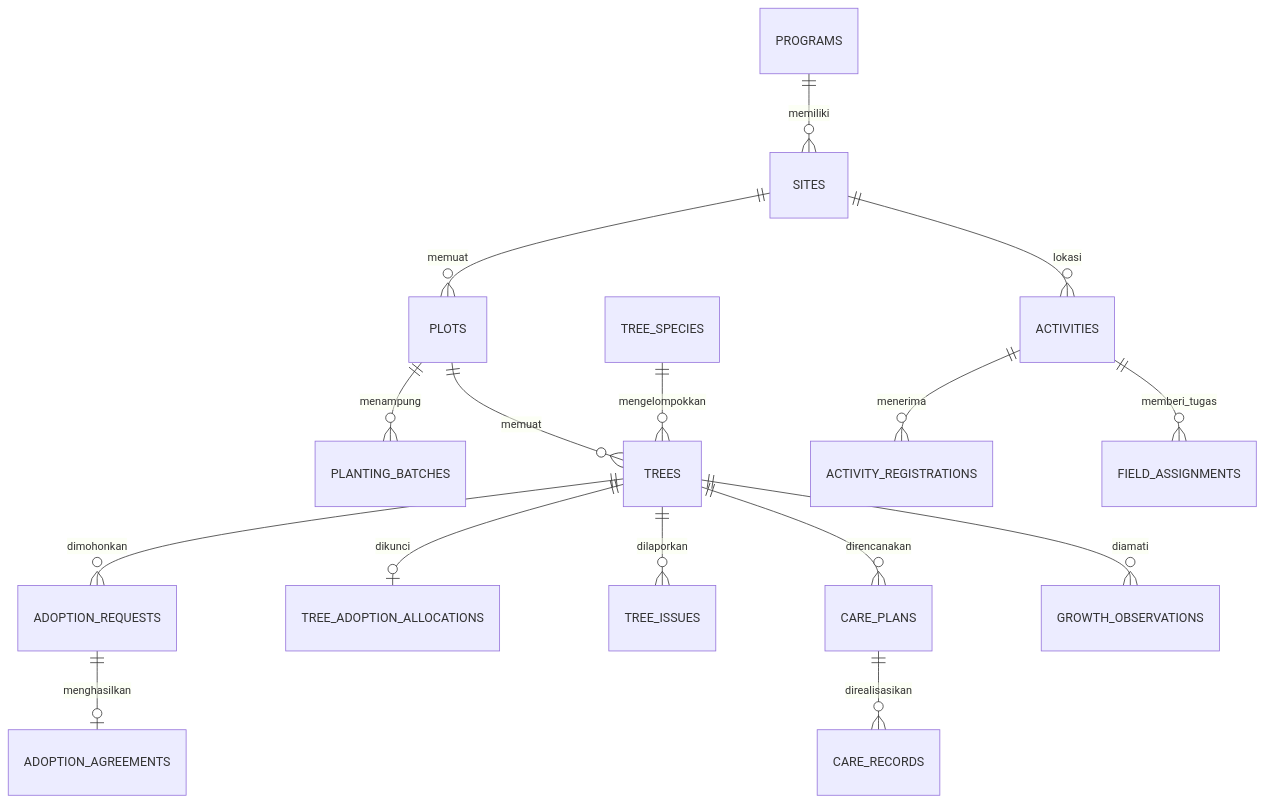
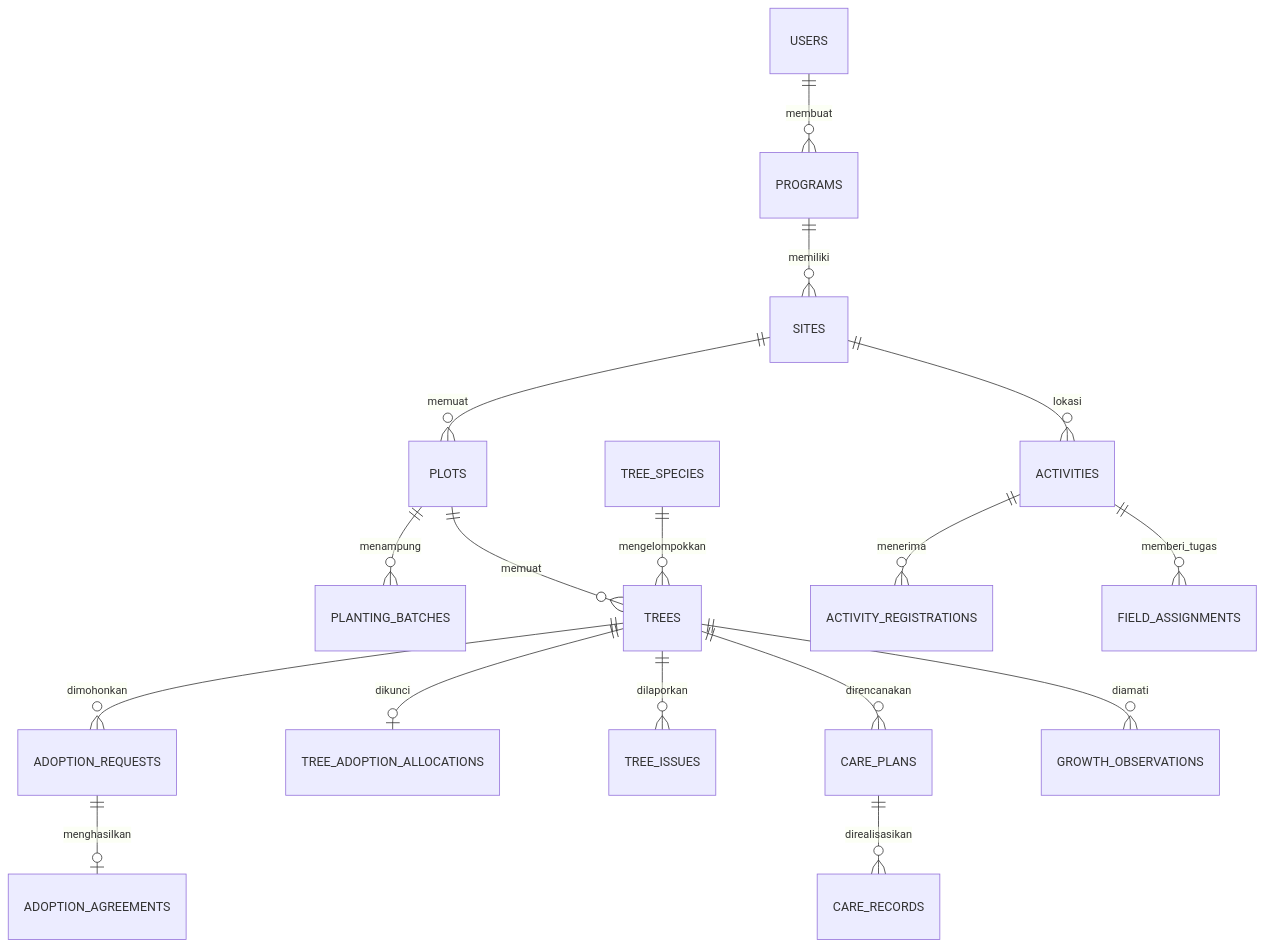
One commit to PPL-KelompokB-SI-48-ext/Hijauku-Adopsi-Pohon changed the diagram in docs/database.md. Above: the diagram before and after it, drawn with Mermaid. The commit also changed other lines of this file and 14 other files, not shown here.

````diff
--- a/docs/database.md
+++ b/docs/database.md
@@ -38,18 +38,19 @@
 ```mermaid
 erDiagram
+    USERS ||--o{ PROGRAMS : membuat
     PROGRAMS ||--o{ SITES : memiliki
     SITES ||--o{ PLOTS : memuat
     PLOTS ||--o{ PLANTING_BATCHES : menampung
     PLOTS ||--o{ TREES : memuat
     TREE_SPECIES ||--o{ TREES : mengelompokkan
     SITES ||--o{ ACTIVITIES : lokasi
     ACTIVITIES ||--o{ ACTIVITY_REGISTRATIONS : menerima
     ACTIVITIES ||--o{ FIELD_ASSIGNMENTS : memberi_tugas
     TREES ||--o{ ADOPTION_REQUESTS : dimohonkan
     ADOPTION_REQUESTS ||--o| ADOPTION_AGREEMENTS : menghasilkan
     TREES ||--o| TREE_ADOPTION_ALLOCATIONS : dikunci
     TREES ||--o{ TREE_ISSUES : dilaporkan
     TREES ||--o{ CARE_PLANS : direncanakan
     CARE_PLANS ||--o{ CARE_RECORDS : direalisasikan
     TREES ||--o{ GROWTH_OBSERVATIONS : diamati
 ```
````
